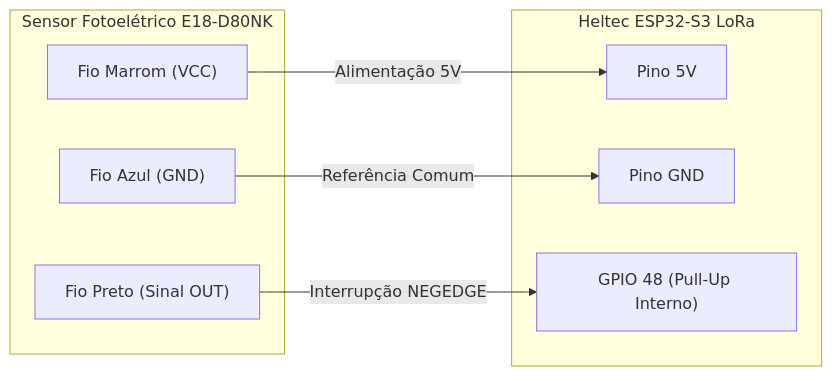
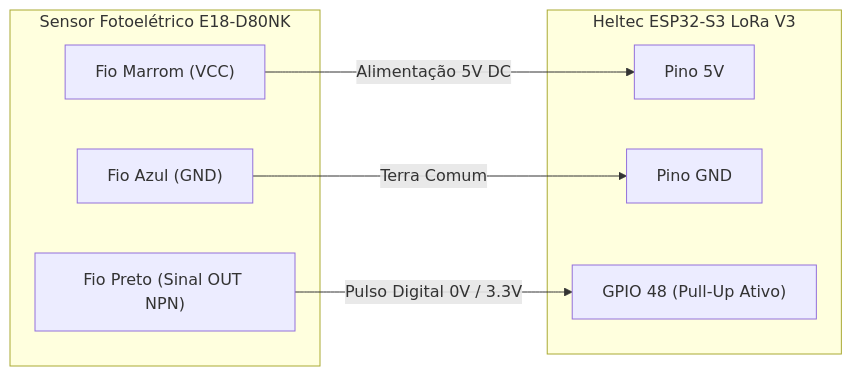
One commit to rodrigop07/EdgeBench changed the second of 2 diagrams in README.md. Above: the diagram before and after it, drawn with Mermaid. The commit also changed other lines of this file, not shown here.

````diff
--- a/README.md
+++ b/README.md
@@ -114,18 +150,18 @@
 ```mermaid
 graph LR
     subgraph SENSOR["Sensor Fotoelétrico E18-D80NK"]
         VCC["Fio Marrom (VCC)"]
         GND_S["Fio Azul (GND)"]
-        OUT["Fio Preto (Sinal OUT)"]
+        OUT["Fio Preto (Sinal OUT NPN)"]
     end
 
-    subgraph ESP32["Heltec ESP32-S3 LoRa"]
+    subgraph ESP32["Heltec ESP32-S3 LoRa V3"]
         PIN_5V["Pino 5V"]
         PIN_GND["Pino GND"]
-        PIN_GPIO48["GPIO 48 (Pull-Up Interno)"]
+        PIN_GPIO48["GPIO 48 (Pull-Up Ativo)"]
     end
 
-    VCC -->|Alimentação 5V| PIN_5V
-    GND_S -->|Referência Comum| PIN_GND
-    OUT -->|Interrupção NEGEDGE| PIN_GPIO48
+    VCC -->|Alimentação 5V DC| PIN_5V
+    GND_S -->|Terra Comum| PIN_GND
+    OUT -->|Pulso Digital 0V / 3.3V| PIN_GPIO48
 ```
````
